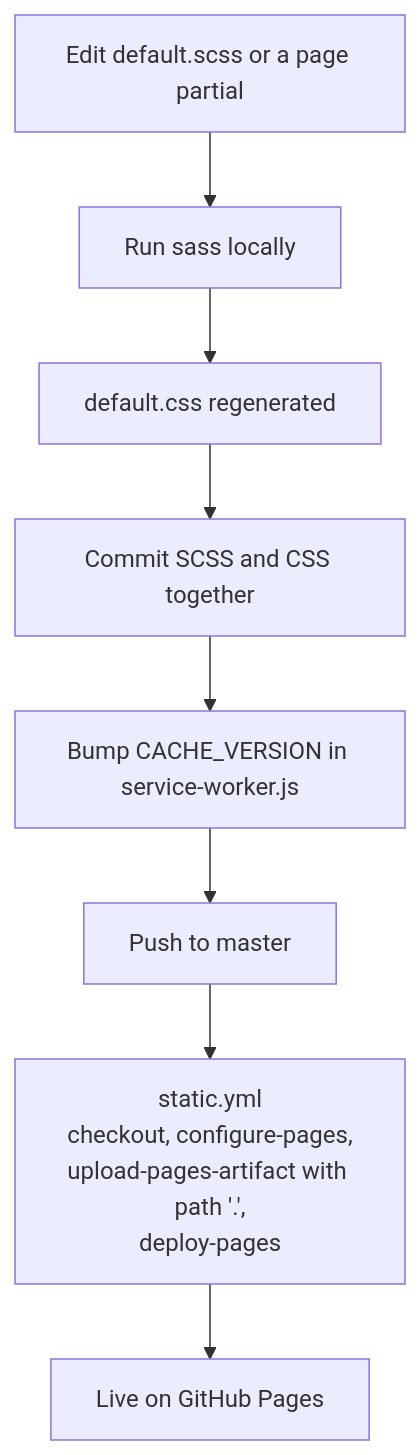
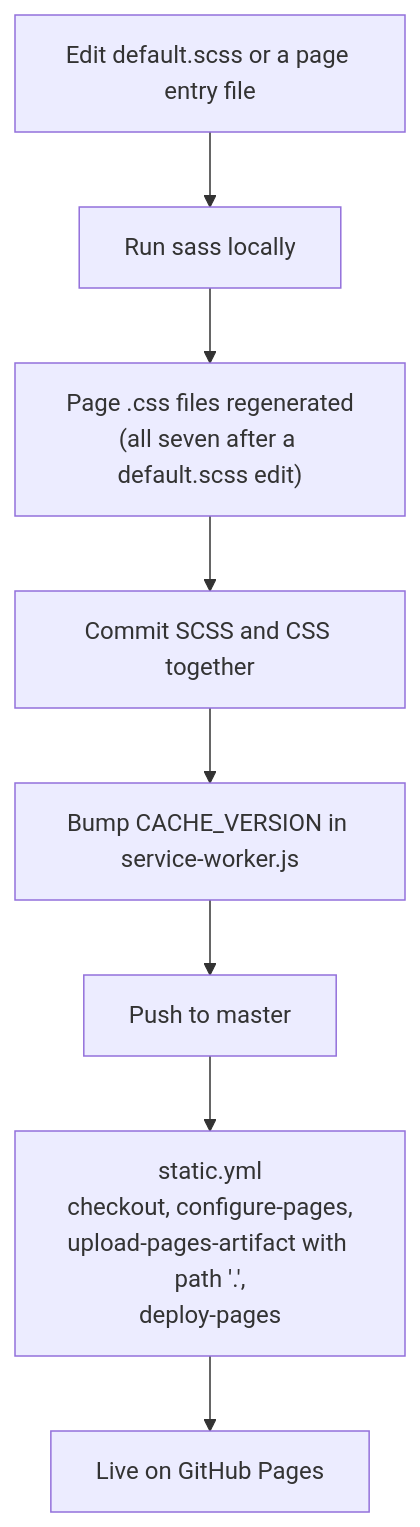
One commit to ColbyMainard/ColbyMainard.github.io changed the third of 13 diagrams in assets/markdown/architecture.md. Above: the diagram before and after it, drawn with Mermaid. The commit also changed other lines of this file and 29 other files, not shown here.

````diff
--- a/assets/markdown/architecture.md
+++ b/assets/markdown/architecture.md
@@ -160,10 +160,10 @@
 ```mermaid
 flowchart TD
-    A["Edit default.scss or a page partial"] --> B["Run sass locally"]
-    B --> C["default.css regenerated"]
+    A["Edit default.scss or a page entry file"] --> B["Run sass locally"]
+    B --> C["Page .css files regenerated<br/>(all seven after a default.scss edit)"]
     C --> D["Commit SCSS and CSS together"]
     D --> E["Bump CACHE_VERSION in service-worker.js"]
     E --> F["Push to master"]
     F --> G["static.yml<br/>checkout, configure-pages,<br/>upload-pages-artifact with path '.',<br/>deploy-pages"]
     G --> H["Live on GitHub Pages"]
 ```
````
